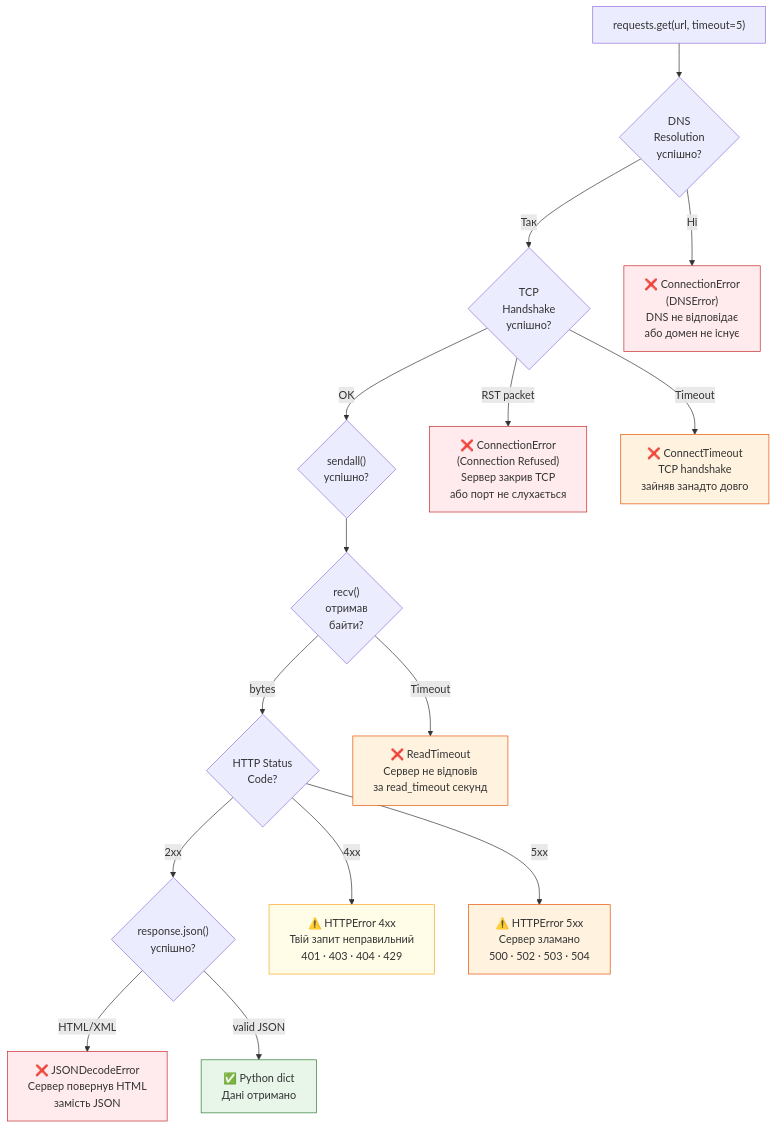
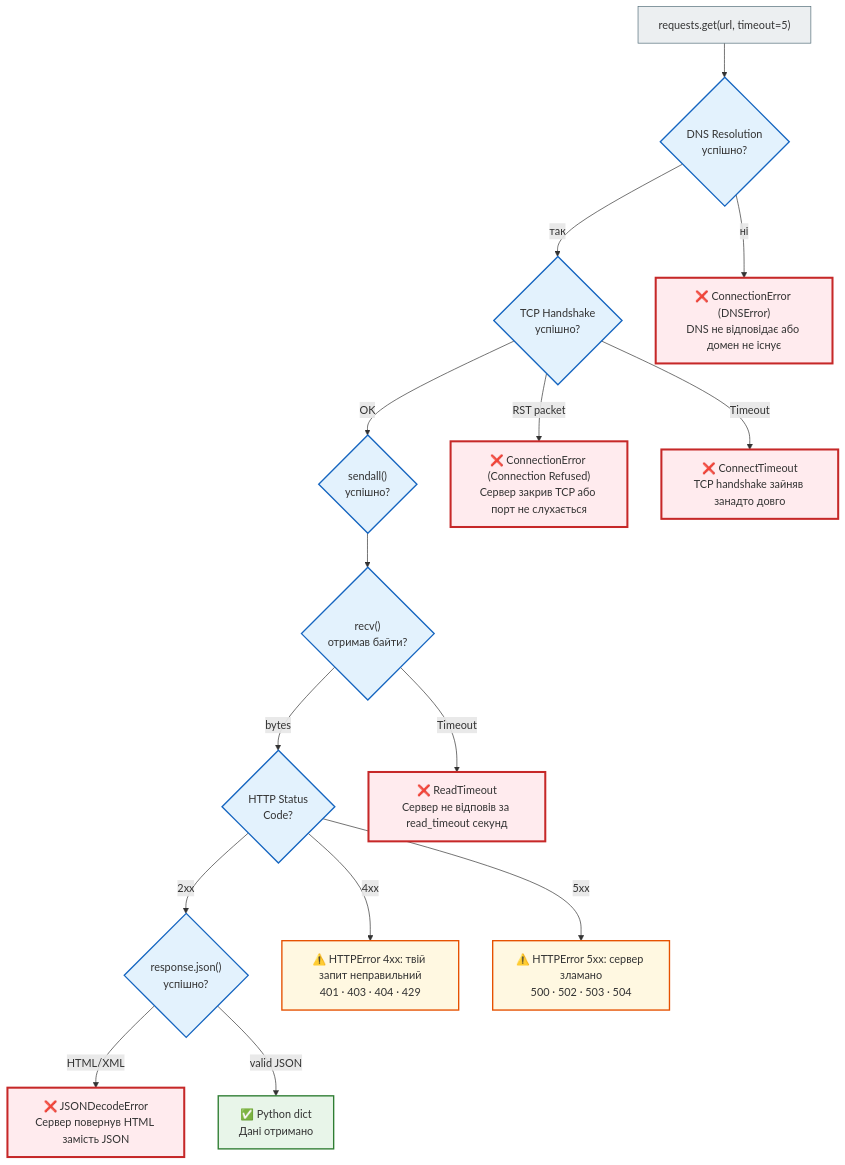
The fifth of 8 diagrams in docs/01_web_foundations/http_requests_docs.md (NikoriakViktot/notes_chat_app), drawn with Mermaid before and after one commit. The commit also changed other lines of this file and 441 other files, not shown here.

First line of the commit message:
Add English version of the book, Mermaid standard, docs fixes

````diff
--- a/docs/01_web_foundations/http_requests_docs.md
+++ b/docs/01_web_foundations/http_requests_docs.md
@@ -269,44 +274,47 @@
 ```mermaid
 flowchart TD
     START["requests.get(url, timeout=5)"]
 
-    DNS{"DNS\nResolution\nуспішно?"}
-    TCP{"TCP\nHandshake\nуспішно?"}
-    SEND{"sendall()\nуспішно?"}
-    WAIT{"recv()\nотримав\nбайти?"}
-    STATUS{"HTTP Status\nCode?"}
-    JSON{"response.json()\nуспішно?"}
+    DNS{"DNS Resolution<br>успішно?"}
+    TCP{"TCP Handshake<br>успішно?"}
+    SEND{"sendall()<br>успішно?"}
+    WAIT{"recv()<br>отримав байти?"}
+    STATUS{"HTTP Status<br>Code?"}
+    JSON{"response.json()<br>успішно?"}
 
-    ERR1["❌ ConnectionError\n(DNSError)\nDNS не відповідає\nабо домен не існує"]
-    ERR2["❌ ConnectionError\n(Connection Refused)\nSервер закрив TCP\nабо порт не слухається"]
-    ERR3["❌ ConnectTimeout\nTCP handshake\nзайняв занадто довго"]
-    ERR4["❌ ReadTimeout\nСервер не відповів\nза read_timeout секунд"]
-    ERR5["⚠️ HTTPError 4xx\nТвій запит неправильний\n401 · 403 · 404 · 429"]
-    ERR6["⚠️ HTTPError 5xx\nСервер зламано\n500 · 502 · 503 · 504"]
-    ERR7["❌ JSONDecodeError\nСервер повернув HTML\nзамість JSON"]
-    SUCCESS["✅ Python dict\nДані отримано"]
+    ERR1["❌ ConnectionError (DNSError)<br>DNS не відповідає або домен не існує"]
+    ERR2["❌ ConnectionError (Connection Refused)<br>Сервер закрив TCP або порт не слухається"]
+    ERR3["❌ ConnectTimeout<br>TCP handshake зайняв занадто довго"]
+    ERR4["❌ ReadTimeout<br>Сервер не відповів за read_timeout секунд"]
+    ERR5["⚠️ HTTPError 4xx: твій запит неправильний<br>401 · 403 · 404 · 429"]
+    ERR6["⚠️ HTTPError 5xx: сервер зламано<br>500 · 502 · 503 · 504"]
+    ERR7["❌ JSONDecodeError<br>Сервер повернув HTML замість JSON"]
+    SUCCESS["✅ Python dict<br>Дані отримано"]
 
     START --> DNS
-    DNS -->|"Ні"| ERR1
-    DNS -->|"Так"| TCP
+    DNS -->|"ні"| ERR1
+    DNS -->|"так"| TCP
     TCP -->|"RST packet"| ERR2
     TCP -->|"Timeout"| ERR3
     TCP -->|"OK"| SEND
     SEND --> WAIT
     WAIT -->|"Timeout"| ERR4
     WAIT -->|"bytes"| STATUS
     STATUS -->|"2xx"| JSON
     STATUS -->|"4xx"| ERR5
     STATUS -->|"5xx"| ERR6
     JSON -->|"HTML/XML"| ERR7
     JSON -->|"valid JSON"| SUCCESS
 
-    style ERR1 fill:#ffebee,stroke:#c62828
-    style ERR2 fill:#ffebee,stroke:#c62828
-    style ERR3 fill:#fff3e0,stroke:#e65100
-    style ERR4 fill:#fff3e0,stroke:#e65100
-    style ERR5 fill:#fffde7,stroke:#f9a825
-    style ERR6 fill:#fff3e0,stroke:#e65100
-    style ERR7 fill:#ffebee,stroke:#c62828
-    style SUCCESS fill:#e8f5e9,stroke:#2e7d32
+    classDef step     fill:#eceff1,stroke:#546e7a,stroke-width:1px;
+    classDef decision fill:#e3f2fd,stroke:#1565c0,stroke-width:2px;
+    classDef success  fill:#e8f5e9,stroke:#2e7d32,stroke-width:2px;
+    classDef error    fill:#ffebee,stroke:#c62828,stroke-width:3px;
+    classDef warning  fill:#fff8e1,stroke:#e65100,stroke-width:2px;
+
+    class START step;
+    class DNS,TCP,SEND,WAIT,STATUS,JSON decision;
+    class ERR1,ERR2,ERR3,ERR4,ERR7 error;
+    class ERR5,ERR6 warning;
+    class SUCCESS success;
 ```
````
